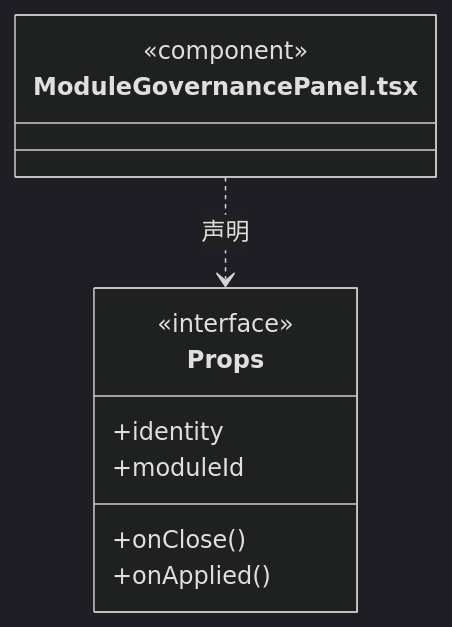
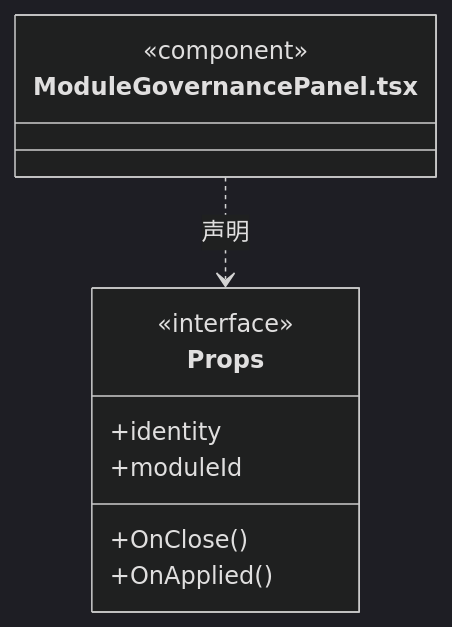
Before and after one commit to nan023062/cbim: the ninth of 11 diagrams in src/view/governance/ARCHITECTURE.md, drawn with Mermaid (dark theme). The commit also changed 1035 other files, not shown here.

````diff
--- a/src/view/governance/ARCHITECTURE.md
+++ b/src/view/governance/ARCHITECTURE.md
@@ -135,14 +135,14 @@
 ```mermaid
 classDiagram
 class N_src_view_governance_ModuleGovernancePanel_tsx["ModuleGovernancePanel.tsx"] {
   <<component>>
 }
 class N_src_view_governance_ModuleGovernancePanel_tsx_Props["Props"] {
   <<interface>>
   +identity
   +moduleId
-  +onClose()
-  +onApplied()
+  +OnClose()
+  +OnApplied()
 }
 N_src_view_governance_ModuleGovernancePanel_tsx ..> N_src_view_governance_ModuleGovernancePanel_tsx_Props : 声明
 ```
````
